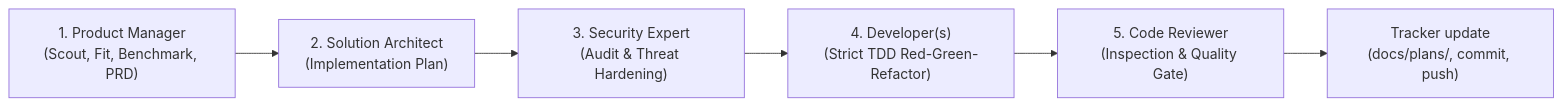
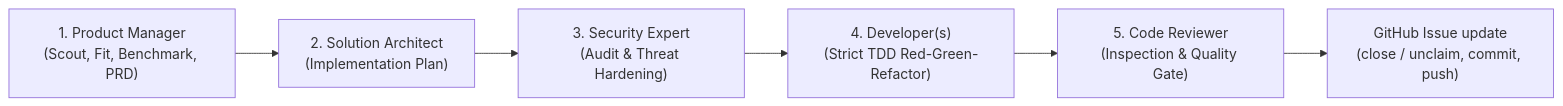
Before and after one commit to themulle/autheris: the diagram in AGENTS.md, drawn with Mermaid. The commit also changed other lines of this file and 174 other files, not shown here.

Commit message:
chore(governance): retire completed docs/plans and switch to GitHub Issue workflow

````diff
--- a/AGENTS.md
+++ b/AGENTS.md
@@ -99,8 +94,8 @@
 ```mermaid
 flowchart LR
     P1["1. Product Manager<br/>(Scout, Fit, Benchmark, PRD)"] --> P2["2. Solution Architect<br/>(Implementation Plan)"]
     P2 --> P3["3. Security Expert<br/>(Audit & Threat Hardening)"]
     P3 --> P4["4. Developer(s)<br/>(Strict TDD Red-Green-Refactor)"]
     P4 --> P5["5. Code Reviewer<br/>(Inspection & Quality Gate)"]
-    P5 --> T["Tracker update<br/>(docs/plans/, commit, push)"]
+    P5 --> T["GitHub Issue update<br/>(close / unclaim, commit, push)"]
 ```
````
